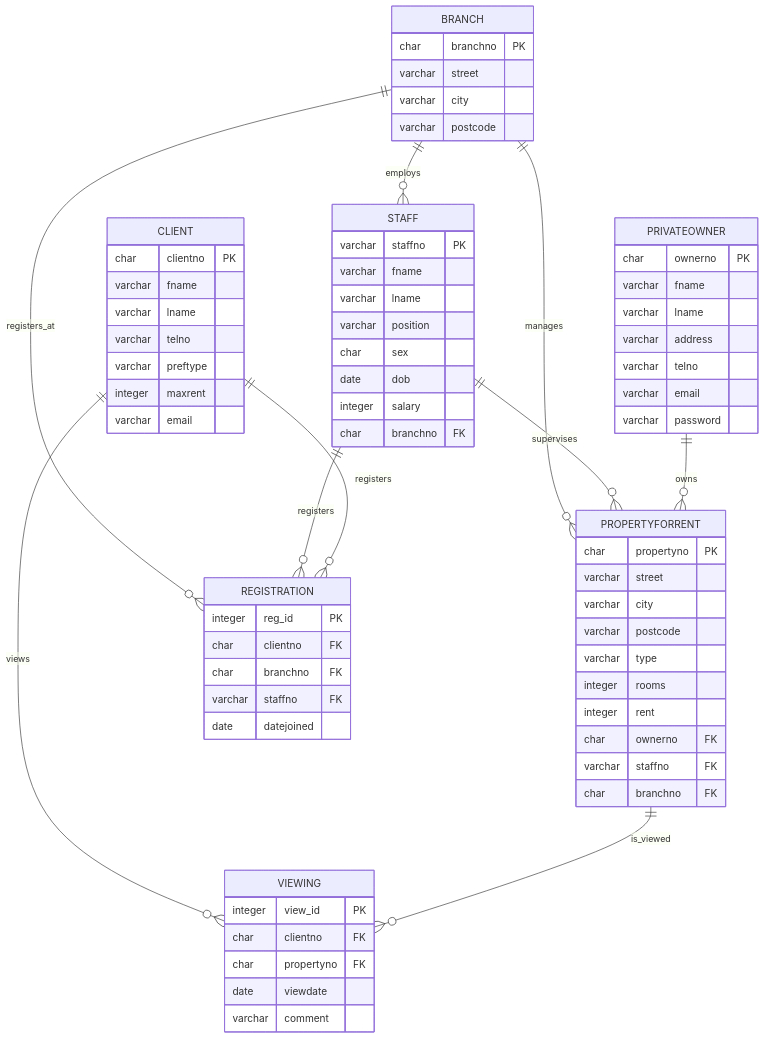
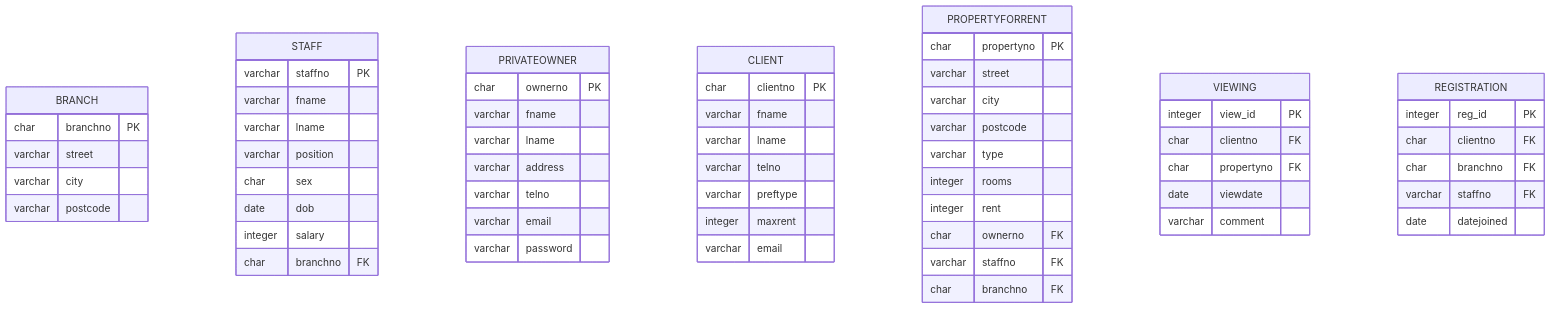
One commit to zain-ahmed-ada/DAT1-Workshop-Dreamhome changed the diagram in schema.md. Above: the diagram before and after it, drawn with Mermaid.

Commit message:
Remove Relations

````diff
--- a/schema.md
+++ b/schema.md
@@ -8,19 +8,5 @@
 ```mermaid
 erDiagram
-    BRANCH ||--o{ STAFF : employs
-    BRANCH ||--o{ PROPERTYFORRENT : manages
-    BRANCH ||--o{ REGISTRATION : registers_at
-
-    STAFF ||--o{ PROPERTYFORRENT : supervises
-    STAFF ||--o{ REGISTRATION : registers
-
-    PRIVATEOWNER ||--o{ PROPERTYFORRENT : owns
-
-    CLIENT ||--o{ VIEWING : views
-    CLIENT ||--o{ REGISTRATION : registers
-
-    PROPERTYFORRENT ||--o{ VIEWING : is_viewed
-
     BRANCH {
         char branchno PK
         varchar street
````
